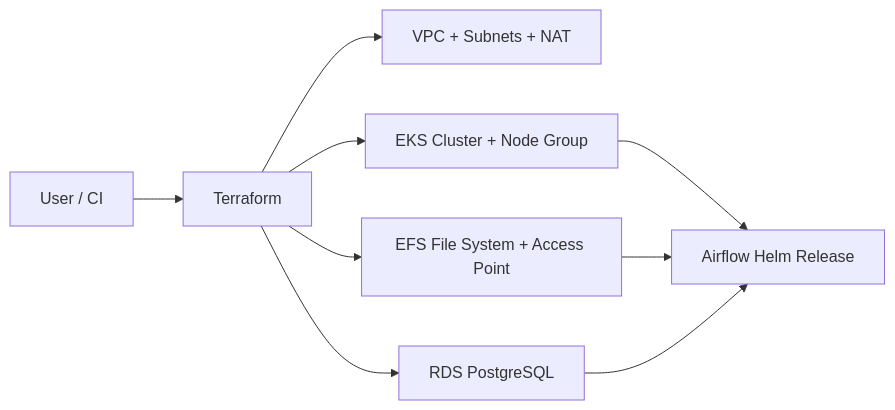
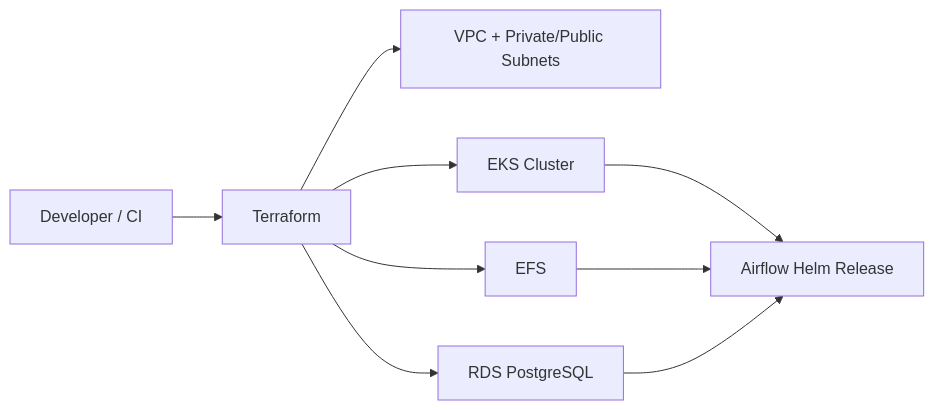
The diagram in README.md (VitalisCode/Airflow-on-EKS), drawn with Mermaid before and after one commit. The commit also changed other lines of this file, not shown here.

Commit message:
docs: polish Airflow on EKS portfolio README

````diff
--- a/README.md
+++ b/README.md
@@ -7,11 +9,11 @@
 ```mermaid
 flowchart LR
-    User[User / CI] --> Terraform[Terraform]
-    Terraform --> VPC[VPC + Subnets + NAT]
-    Terraform --> EKS[EKS Cluster + Node Group]
-    Terraform --> EFS[EFS File System + Access Point]
-    Terraform --> RDS[RDS PostgreSQL]
-    EKS --> Airflow[Airflow Helm Release]
-    EFS --> Airflow
-    RDS --> Airflow
+    Dev[Developer / CI] --> TF[Terraform]
+    TF --> VPC[VPC + Private/Public Subnets]
+    TF --> EKS[EKS Cluster]
+    TF --> EFS[EFS]
+    TF --> RDS[RDS PostgreSQL]
+    EKS --> Helm[Airflow Helm Release]
+    EFS --> Helm
+    RDS --> Helm
 ```
````
